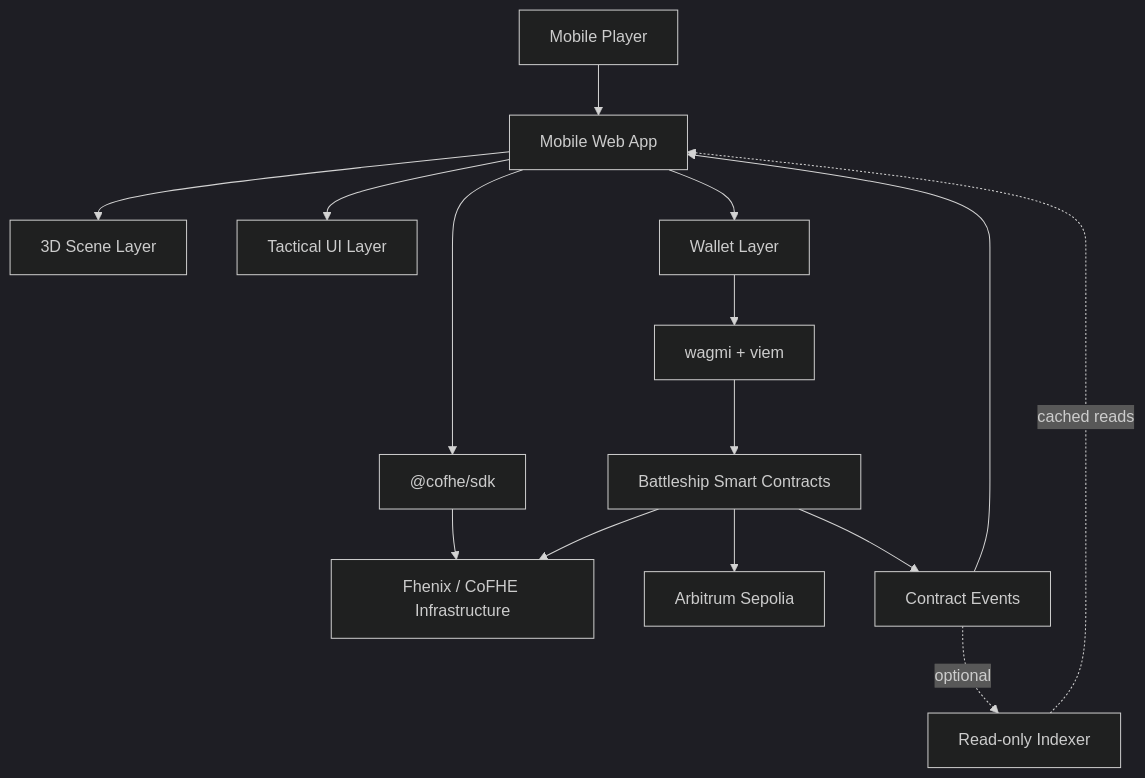
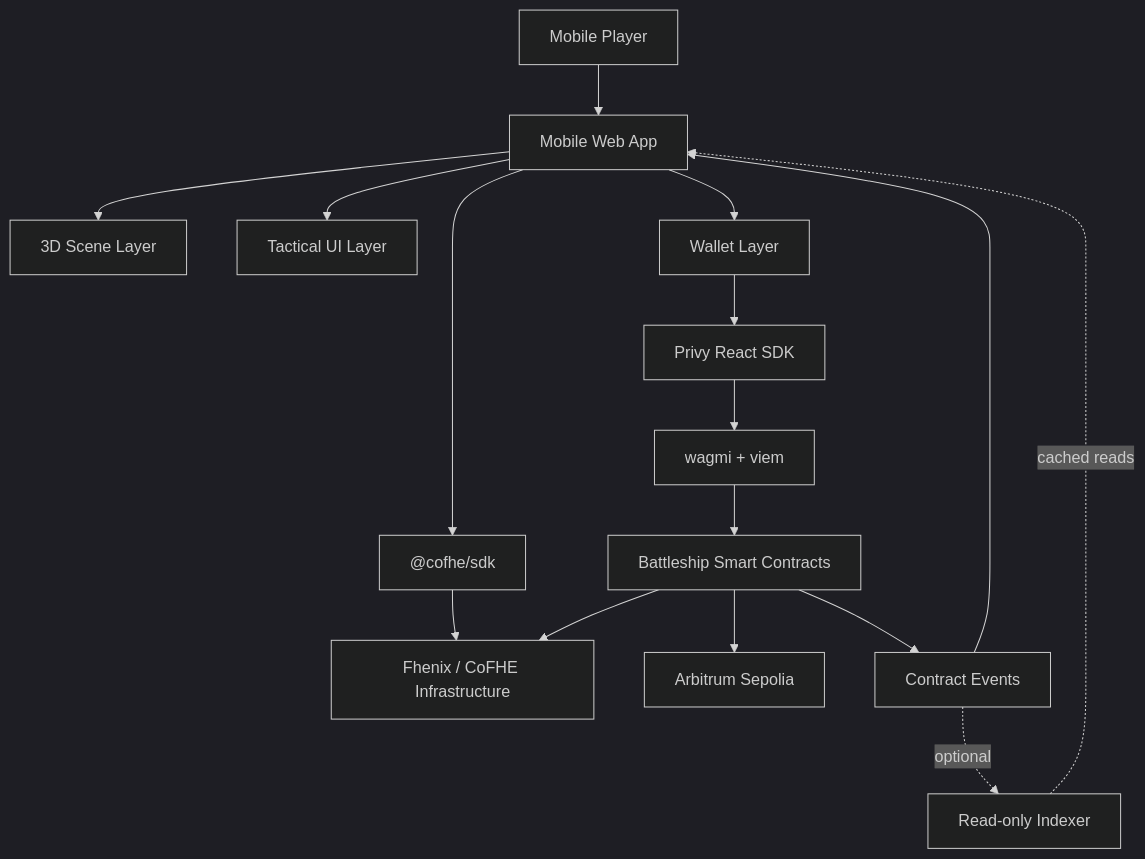
The first of 3 diagrams in docs/technical-architecture.md (godemodegame/battleship), drawn with Mermaid (dark theme) before and after one commit. The commit also changed other lines of this file and 5 other files, not shown here.

Commit message:
Define Privy wallet and network requirements

````diff
--- a/docs/technical-architecture.md
+++ b/docs/technical-architecture.md
@@ -92,17 +94,18 @@
 ```mermaid
 flowchart TD
   Player["Mobile Player"] --> WebApp["Mobile Web App"]
   WebApp --> Scene["3D Scene Layer"]
   WebApp --> UI["Tactical UI Layer"]
   WebApp --> Wallet["Wallet Layer"]
-  Wallet --> Viem["wagmi + viem"]
+  Wallet --> Privy["Privy React SDK"]
+  Privy --> Viem["wagmi + viem"]
   WebApp --> CofheSDK["@cofhe/sdk"]
   CofheSDK --> CoFHE["Fhenix / CoFHE Infrastructure"]
   Viem --> Contracts["Battleship Smart Contracts"]
   Contracts --> Arbitrum["Arbitrum Sepolia"]
   Contracts --> CoFHE
   Contracts --> Events["Contract Events"]
   Events --> WebApp
   Events -. optional .-> Indexer["Read-only Indexer"]
   Indexer -. cached reads .-> WebApp
 ```
````
